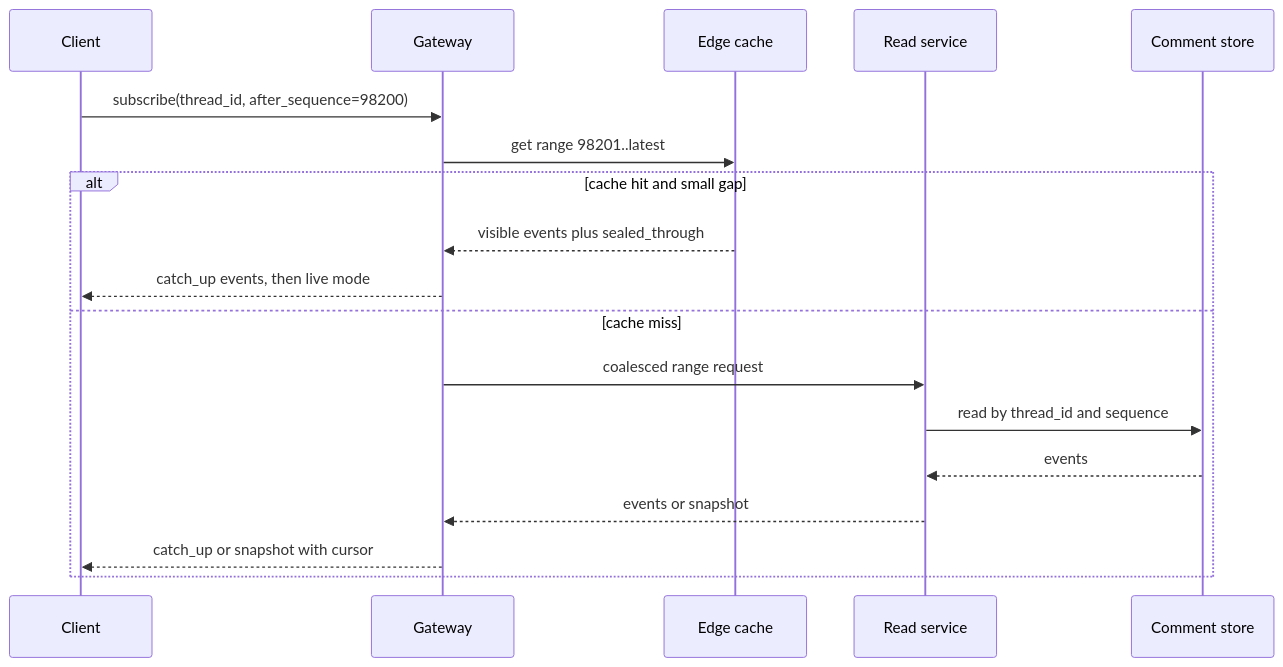
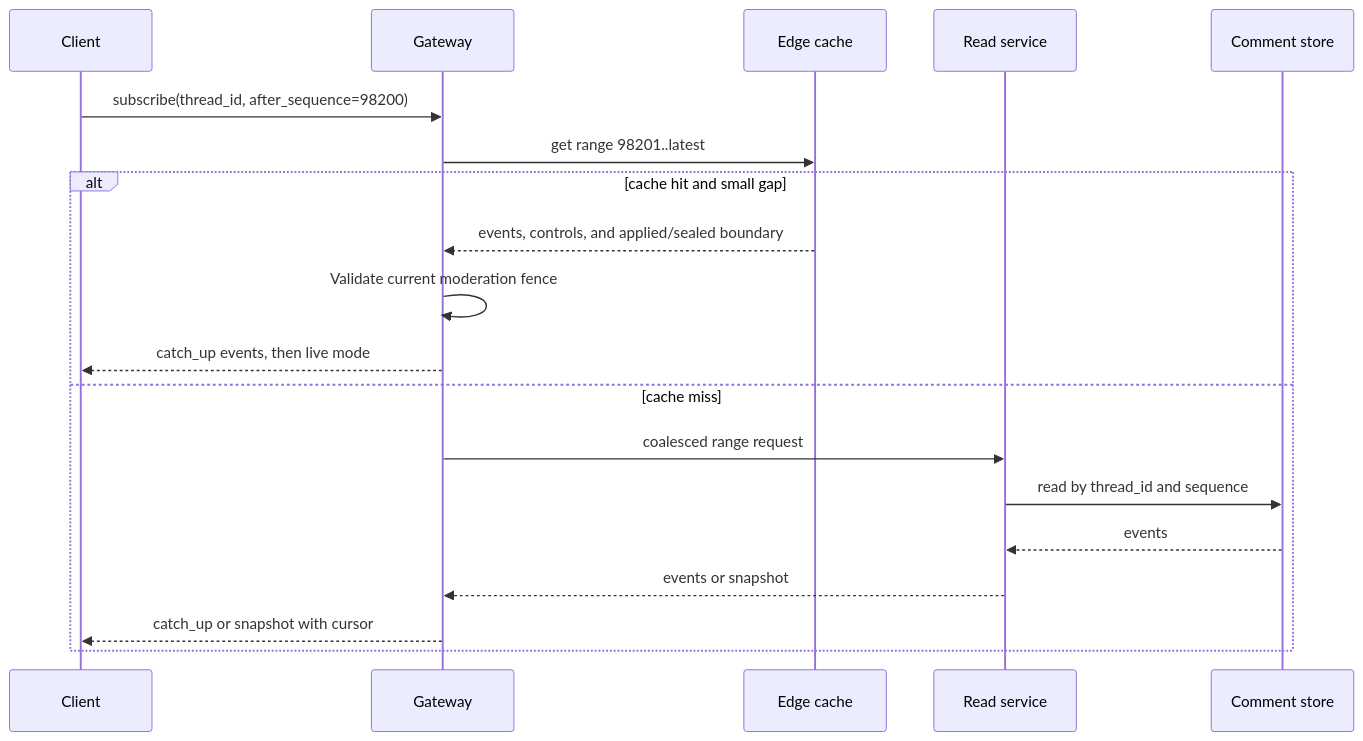
Before and after one commit to Pranshu258/system-design: the fourth of 5 diagrams in live-comments-system-design.md, drawn with Mermaid. The commit also changed other lines of this file and 23 other files, not shown here.

````diff
--- a/live-comments-system-design.md
+++ b/live-comments-system-design.md
@@ -318,20 +322,21 @@
 ```mermaid
 sequenceDiagram
     participant C as Client
     participant G as Gateway
     participant E as Edge cache
     participant R as Read service
     participant S as Comment store
     C->>G: subscribe(thread_id, after_sequence=98200)
     G->>E: get range 98201..latest
     alt cache hit and small gap
-        E-->>G: visible events plus sealed_through
+        E-->>G: events, controls, and applied/sealed boundary
+        G->>G: Validate current moderation fence
         G-->>C: catch_up events, then live mode
     else cache miss
         G->>R: coalesced range request
         R->>S: read by thread_id and sequence
         S-->>R: events
         R-->>G: events or snapshot
         G-->>C: catch_up or snapshot with cursor
     end
 ```
````
